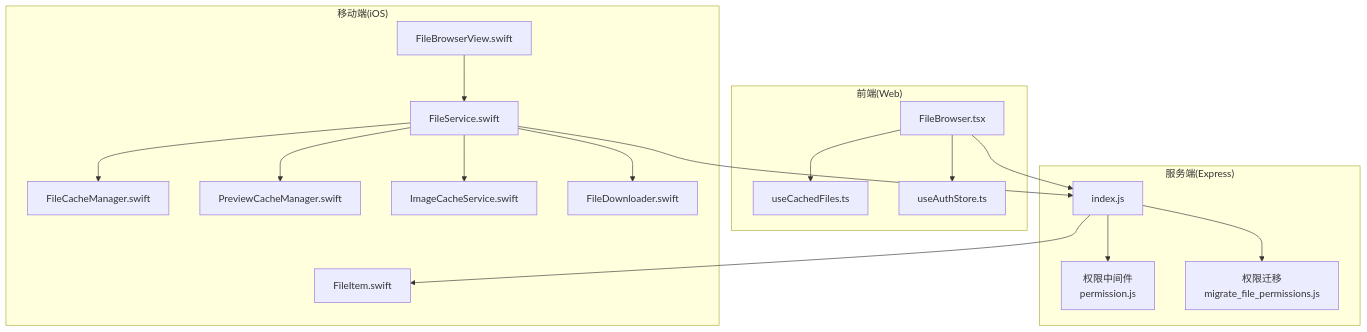
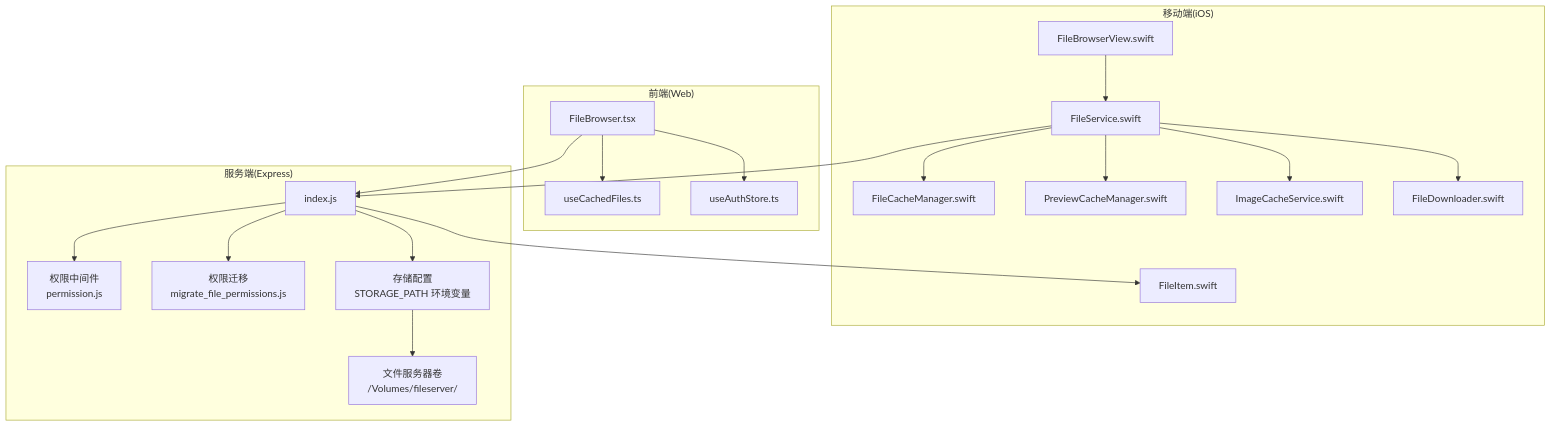
The first of 10 diagrams in .qoder/repowiki/zh/content/文件管理系统/文件管理系统.md (CubeEdge/Longhorn), drawn with Mermaid before and after one commit. The commit also changed other lines of this file and 26 other files, not shown here.

````diff
--- a/.qoder/repowiki/zh/content/文件管理系统/文件管理系统.md
+++ b/.qoder/repowiki/zh/content/文件管理系统/文件管理系统.md
@@ -63,34 +66,38 @@
 ```mermaid
 graph TB
 subgraph "前端(Web)"
 FBWeb["FileBrowser.tsx"]
 Hook["useCachedFiles.ts"]
 Auth["useAuthStore.ts"]
 end
 subgraph "移动端(iOS)"
 FBiOS["FileBrowserView.swift"]
 FSvc["FileService.swift"]
 FCache["FileCacheManager.swift"]
 PCache["PreviewCacheManager.swift"]
 ImgCache["ImageCacheService.swift"]
 Down["FileDownloader.swift"]
 Model["FileItem.swift"]
 end
 subgraph "服务端(Express)"
 Srv["index.js"]
 PermMW["权限中间件<br/>permission.js"]
 Migrate["权限迁移<br/>migrate_file_permissions.js"]
+Storage["存储配置<br/>STORAGE_PATH 环境变量"]
+FileServer["文件服务器卷<br/>/Volumes/fileserver/"]
 end
 FBWeb --> Hook
 FBWeb --> Auth
 FBWeb --> Srv
 FBiOS --> FSvc
 FSvc --> Srv
 FSvc --> FCache
 FSvc --> PCache
 FSvc --> ImgCache
 FSvc --> Down
 Srv --> PermMW
 Srv --> Migrate
+Srv --> Storage
+Storage --> FileServer
 Srv --> Model
 ```
````
